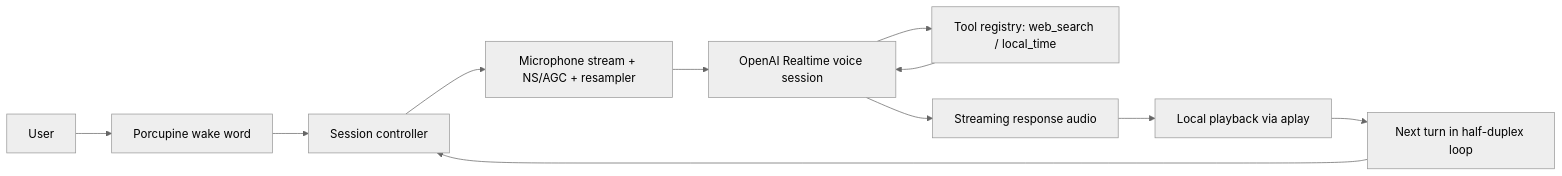
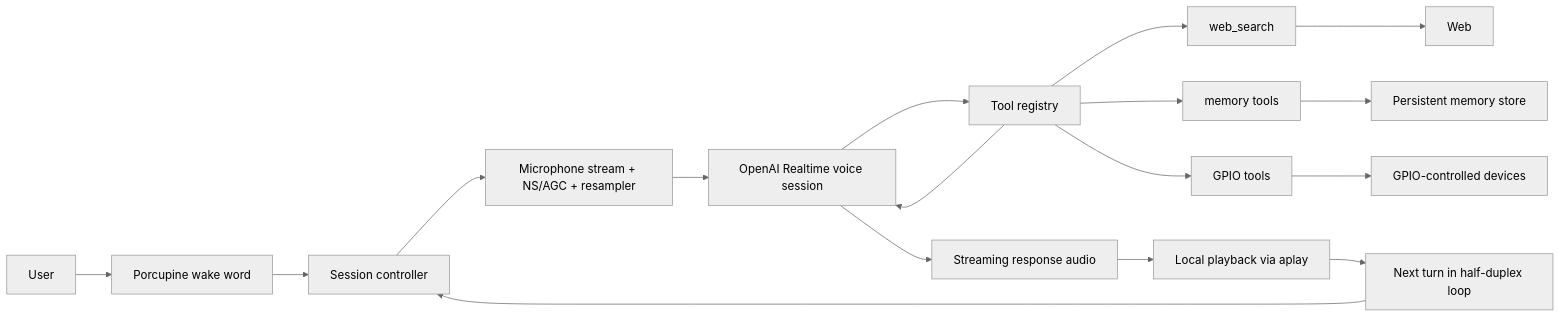
The diagram in realtime/README.md (herrkaefer/snowman), drawn with Mermaid (neutral theme) before and after one commit. The commit also changed 1 other file, not shown here.

````diff
--- a/realtime/README.md
+++ b/realtime/README.md
@@ -16,13 +16,19 @@
 ```mermaid
 flowchart LR
     user["User"] --> wake["Porcupine wake word"]
     wake --> session["Session controller"]
     session --> mic["Microphone stream + NS/AGC + resampler"]
     mic --> rt["OpenAI Realtime voice session"]
-    rt --> tools["Tool registry: web_search / local_time"]
+    rt --> tools["Tool registry"]
+    tools --> webTool["web_search"]
+    webTool --> web["Web"]
+    tools --> memoryTool["memory tools"]
+    memoryTool --> memory["Persistent memory store"]
+    tools --> gpioTool["GPIO tools"]
+    gpioTool --> gpio["GPIO-controlled devices"]
     tools --> rt
     rt --> audio["Streaming response audio"]
     audio --> player["Local playback via aplay"]
     player --> next["Next turn in half-duplex loop"]
     next --> session
 ```
````
